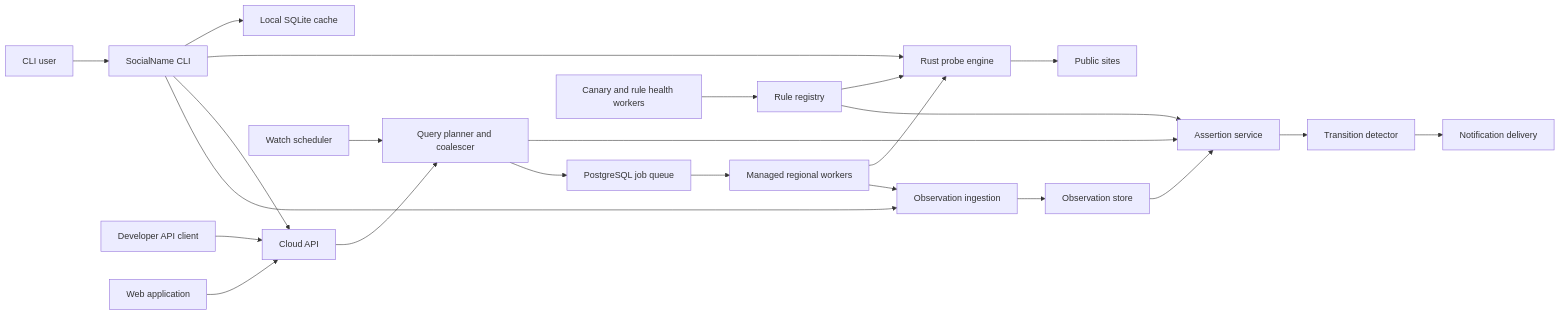
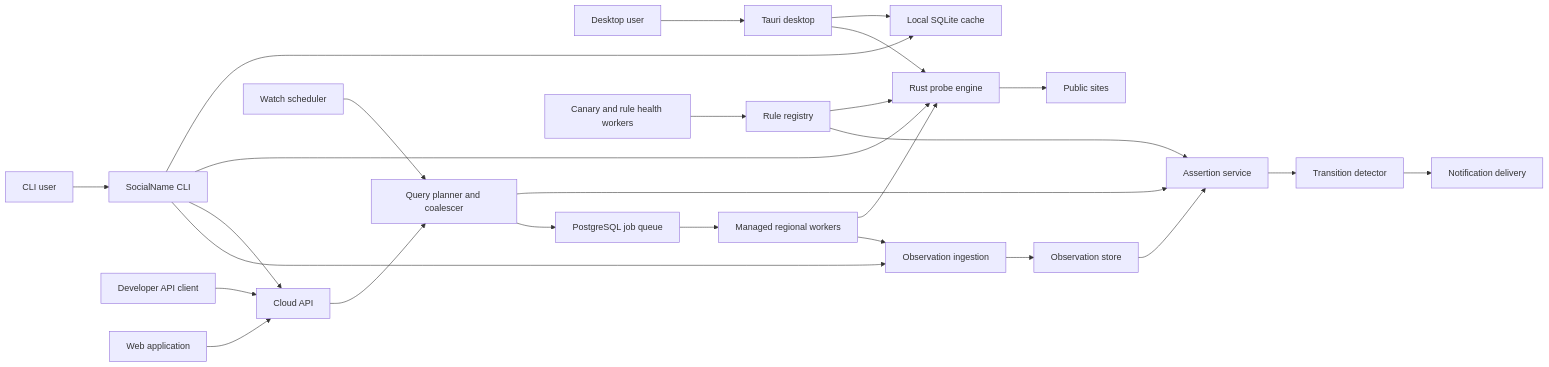
Before and after one commit to yhay81/socialname: the diagram in docs/architecture.md, drawn with Mermaid. The commit also changed other lines of this file and 5 other files, not shown here.

````diff
--- a/docs/architecture.md
+++ b/docs/architecture.md
@@ -22,30 +22,33 @@
 ```mermaid
 flowchart LR
     User["CLI user"] --> CLI["SocialName CLI"]
+    DesktopUser["Desktop user"] --> Desktop["Tauri desktop"]
     CLI --> LocalDB["Local SQLite cache"]
+    Desktop --> LocalDB
     CLI --> Engine["Rust probe engine"]
+    Desktop --> Engine
     Engine --> Sites["Public sites"]
 
     CLI --> API["Cloud API"]
     Developer["Developer API client"] --> API
     Web["Web application"] --> API
 
     API --> Planner["Query planner and coalescer"]
     Planner --> Assertions["Assertion service"]
     Planner --> Jobs["PostgreSQL job queue"]
     Jobs --> Workers["Managed regional workers"]
     Workers --> Engine
 
     CLI --> Ingest["Observation ingestion"]
     Workers --> Ingest
     Ingest --> Observations["Observation store"]
     Observations --> Assertions
 
     Scheduler["Watch scheduler"] --> Planner
     Assertions --> Transitions["Transition detector"]
     Transitions --> Notifications["Notification delivery"]
 
     Canary["Canary and rule health workers"] --> RuleRegistry["Rule registry"]
     RuleRegistry --> Engine
     RuleRegistry --> Assertions
 ```
````
